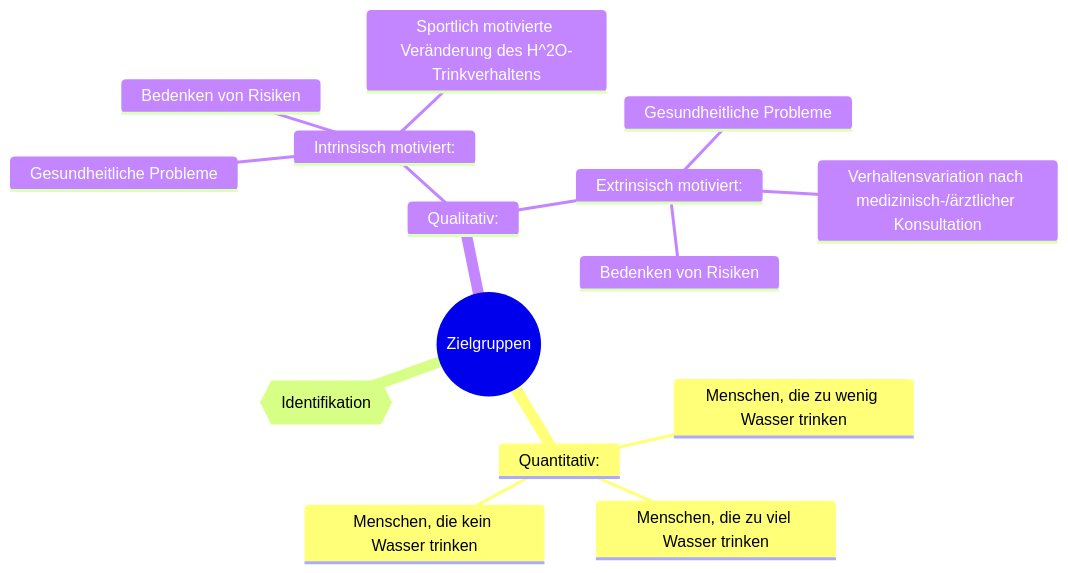
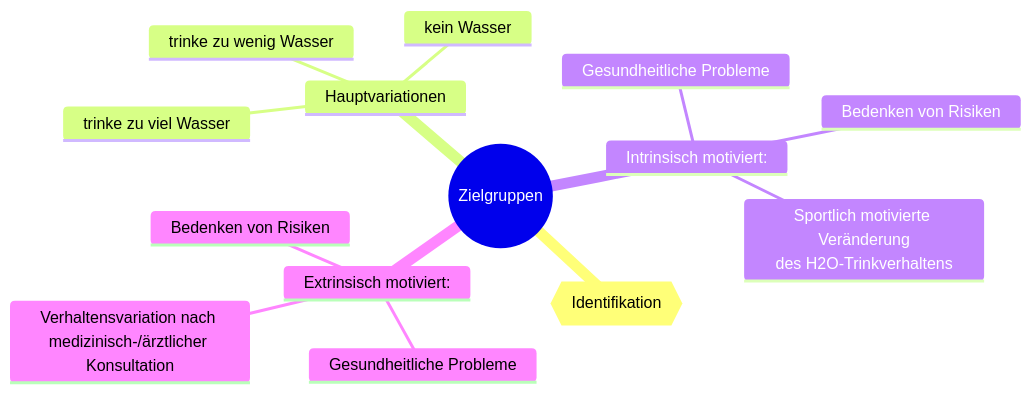
The diagram in TargetGroups.md (SchrodtSven/wikitelefoo), drawn with Mermaid before and after one commit. The commit also changed other lines of this file, not shown here.

````diff
--- a/TargetGroups.md
+++ b/TargetGroups.md
@@ -1,19 +1,21 @@
 ```mermaid
 mindmap
     root((Zielgruppen))
-            Quantitativ:
-              Menschen, die zu wenig Wasser trinken
-              Menschen, die zu viel Wasser trinken
-              Menschen, die kein Wasser trinken
             id{{Identifikation}}
-            Qualitativ:
-              Intrinsisch motiviert:
+            Hauptvariationen
+              trinke zu wenig Wasser 
+              trinke zu viel Wasser
+              kein Wasser 
+            
+            Intrinsisch motiviert:
                 Gesundheitliche Probleme
                 Bedenken von Risiken
-                Sportlich motivierte Veränderung des H^2O-Trinkverhaltens
+                Sportlich motivierte Veränderung<br/>des H2O-Trinkverhaltens
 
-              Extrinsisch motiviert:
+
+            Extrinsisch motiviert:
                 Gesundheitliche Probleme
                 Verhaltensvariation nach medizinisch-/ärztlicher Konsultation
                 Bedenken von Risiken
+                
 ```
````
